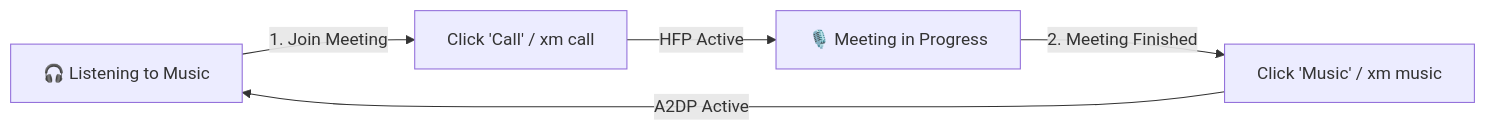
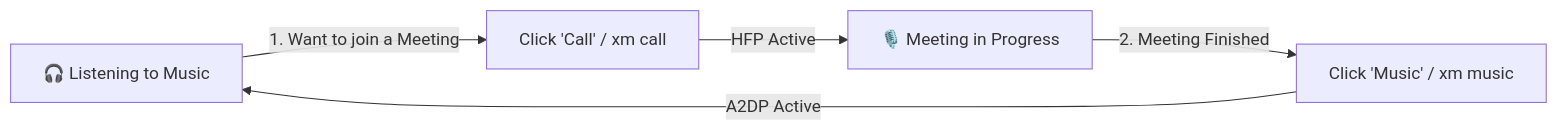
Before and after one commit to manojpgoswamigit/xm-mic-audio-fix: the diagram in README.md, drawn with Mermaid.

````diff
--- a/README.md
+++ b/README.md
@@ -187,7 +187,7 @@
 ```mermaid
 graph LR
-    A[🎧 Listening to Music] -->|1. Join Meeting| B[Click 'Call' / xm call]
+    A[🎧 Listening to Music] -->|1. Want to join a Meeting| B[Click 'Call' / xm call]
     B -->|HFP Active| C[🎙️ Meeting in Progress]
     C -->|2. Meeting Finished| D[Click 'Music' / xm music]
     D -->|A2DP Active| A
 ```
````
